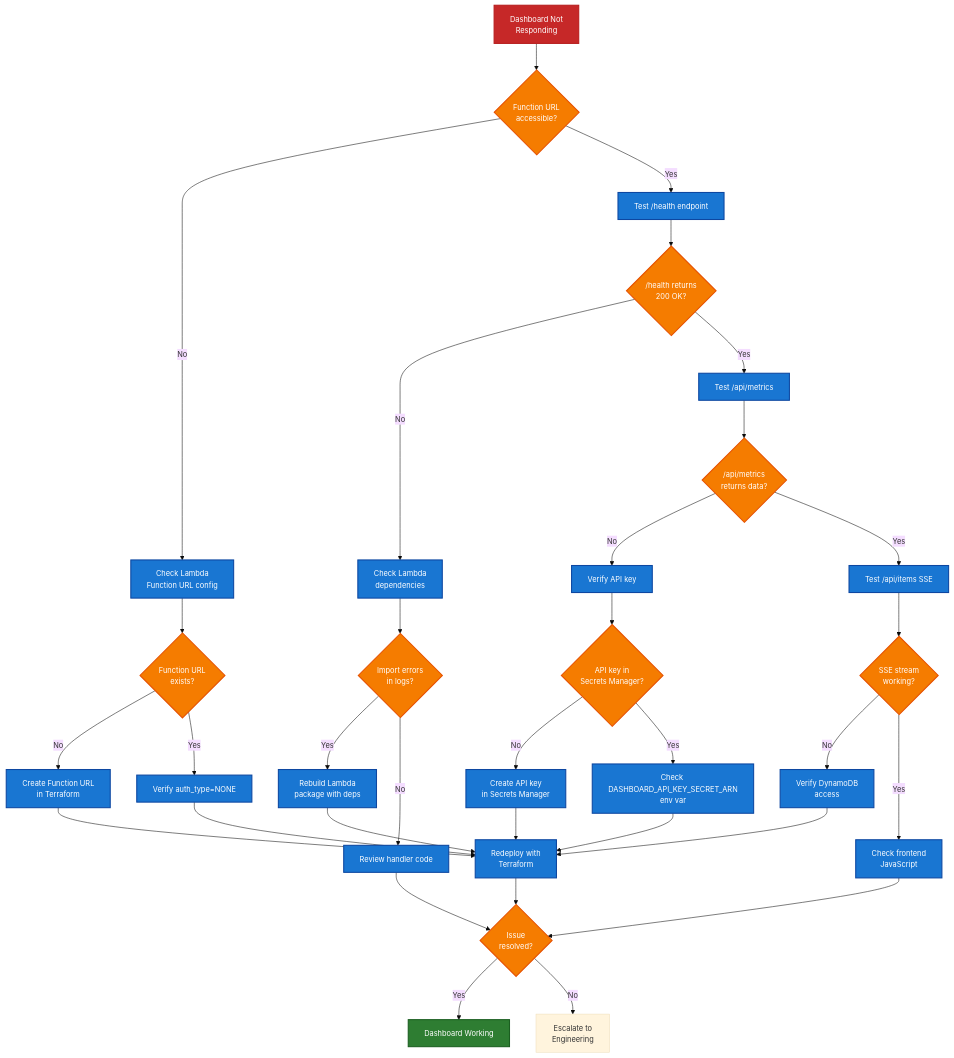
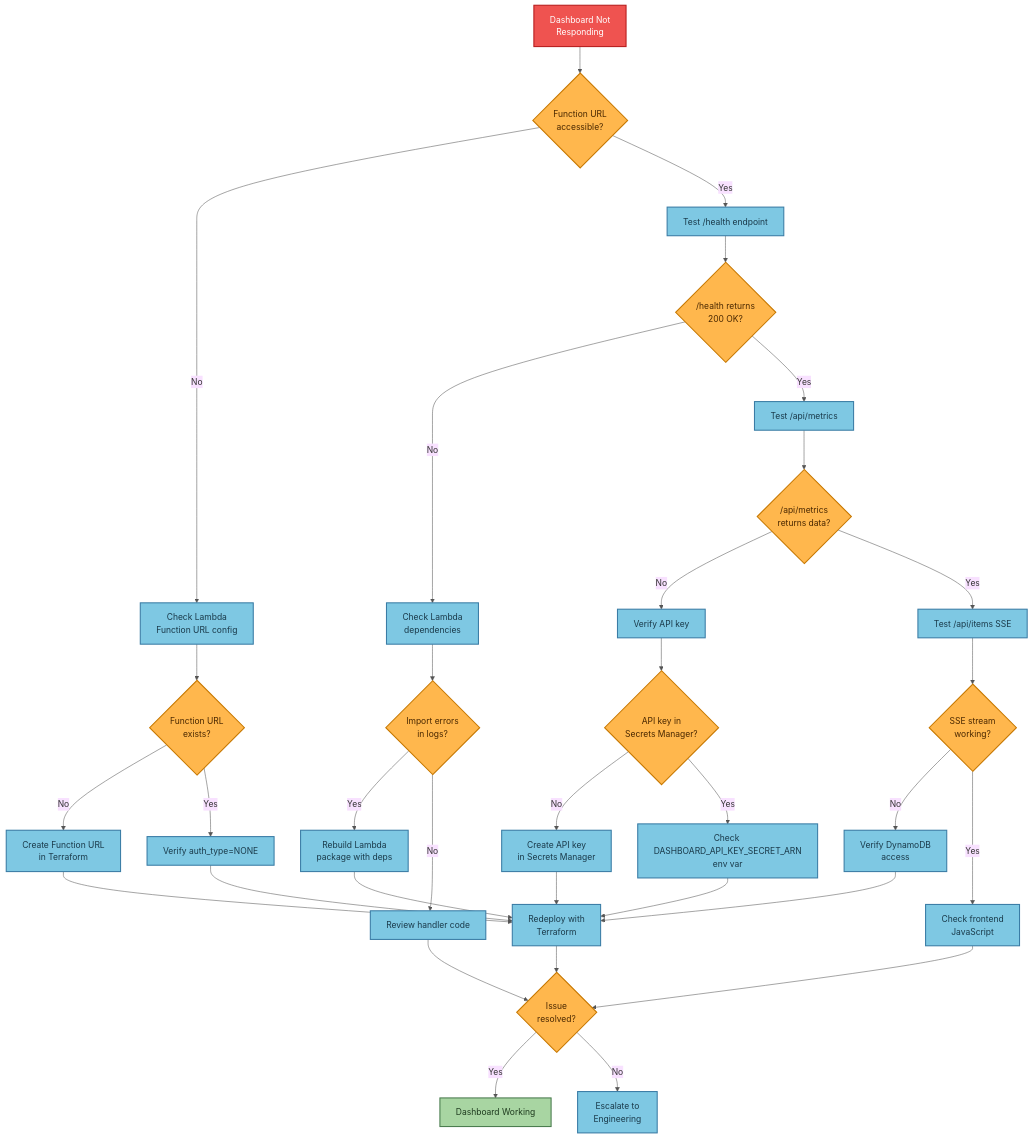
One commit to traylorre/sentiment-analyzer-gsk changed the ninth of 10 diagrams in docs/OPERATIONAL_FLOWS.md. Above: the diagram before and after it, drawn with Mermaid. The commit also changed other lines of this file and 3 other files, not shown here.

First line of the commit message:
docs: Update mermaid diagrams with better contrast colors

````diff
--- a/docs/OPERATIONAL_FLOWS.md
+++ b/docs/OPERATIONAL_FLOWS.md
@@ -472,54 +472,54 @@
 ```mermaid
-%%{init: {'theme':'base', 'themeVariables': {'fontSize':'14px'}}}%%
+%%{init: {'theme':'base', 'themeVariables': {'primaryColor':'#fff8e1', 'primaryTextColor':'#333', 'primaryBorderColor':'#c9a227', 'lineColor':'#555'}}}%%
 flowchart TD
     NotResponding[Dashboard Not<br/>Responding] --> CheckURL{Function URL<br/>accessible?}
     CheckURL -->|No| CheckLambda[Check Lambda<br/>Function URL config]
     CheckURL -->|Yes| TestEndpoint[Test /health endpoint]
 
     CheckLambda --> URLExists{Function URL<br/>exists?}
     URLExists -->|No| CreateURL[Create Function URL<br/>in Terraform]
     URLExists -->|Yes| CheckAuth[Verify auth_type=NONE]
 
     TestEndpoint --> HealthOK{/health returns<br/>200 OK?}
     HealthOK -->|No| CheckDeps[Check Lambda<br/>dependencies]
     HealthOK -->|Yes| TestAPI[Test /api/metrics]
 
     CheckDeps --> ImportError{Import errors<br/>in logs?}
     ImportError -->|Yes| RebuildPackage[Rebuild Lambda<br/>package with deps]
     ImportError -->|No| CheckCode[Review handler code]
 
     TestAPI --> MetricsOK{/api/metrics<br/>returns data?}
     MetricsOK -->|No| CheckAPIKey[Verify API key]
     MetricsOK -->|Yes| TestSSE[Test /api/items SSE]
 
     CheckAPIKey --> KeyValid{API key in<br/>Secrets Manager?}
     KeyValid -->|No| CreateAPIKey[Create API key<br/>in Secrets Manager]
     KeyValid -->|Yes| CheckEnvVar[Check DASHBOARD_API_KEY_SECRET_ARN<br/>env var]
 
     TestSSE --> SSEWorks{SSE stream<br/>working?}
     SSEWorks -->|No| CheckDDB[Verify DynamoDB<br/>access]
     SSEWorks -->|Yes| CheckFrontend[Check frontend<br/>JavaScript]
 
     CreateURL --> Redeploy[Redeploy with<br/>Terraform]
     CheckAuth --> Redeploy
     RebuildPackage --> Redeploy
     CreateAPIKey --> Redeploy
     CheckEnvVar --> Redeploy
     CheckDDB --> Redeploy
 
     Redeploy --> Verify{Issue<br/>resolved?}
     CheckCode --> Verify
     CheckFrontend --> Verify
     Verify -->|Yes| Complete[Dashboard Working]
     Verify -->|No| Escalate[Escalate to<br/>Engineering]
 
-    classDef error fill:#c62828,stroke:#b71c1c,stroke-width:2px,color:#fff
-    classDef decision fill:#f57c00,stroke:#e65100,stroke-width:2px,color:#fff
-    classDef action fill:#1976d2,stroke:#0d47a1,stroke-width:2px,color:#fff
-    classDef success fill:#2e7d32,stroke:#1b5e20,stroke-width:2px,color:#fff
+    classDef errorNode fill:#ef5350,stroke:#b71c1c,stroke-width:2px,color:#fff
+    classDef decisionNode fill:#ffb74d,stroke:#c77800,stroke-width:2px,color:#4a2800
+    classDef actionNode fill:#7ec8e3,stroke:#3a7ca5,stroke-width:2px,color:#1a3a4a
+    classDef successNode fill:#a8d5a2,stroke:#4a7c4e,stroke-width:2px,color:#1e3a1e
 
-    class NotResponding error
-    class CheckURL,URLExists,HealthOK,ImportError,MetricsOK,KeyValid,SSEWorks,Verify decision
-    class CheckLambda,TestEndpoint,CheckDeps,TestAPI,CheckAPIKey,CreateAPIKey,CheckEnvVar,TestSSE,CheckDDB,CheckFrontend,CreateURL,CheckAuth,RebuildPackage,Redeploy,CheckCode action
-    class Complete success
+    class NotResponding errorNode
+    class CheckURL,URLExists,HealthOK,ImportError,MetricsOK,KeyValid,SSEWorks,Verify decisionNode
+    class CheckLambda,TestEndpoint,CheckDeps,TestAPI,CheckAPIKey,CreateAPIKey,CheckEnvVar,TestSSE,CheckDDB,CheckFrontend,CreateURL,CheckAuth,RebuildPackage,Redeploy,CheckCode,Escalate actionNode
+    class Complete successNode
 ```
````
